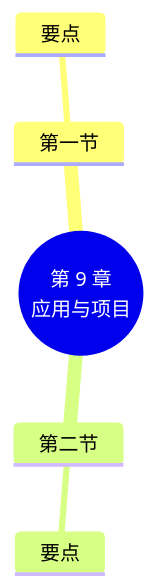
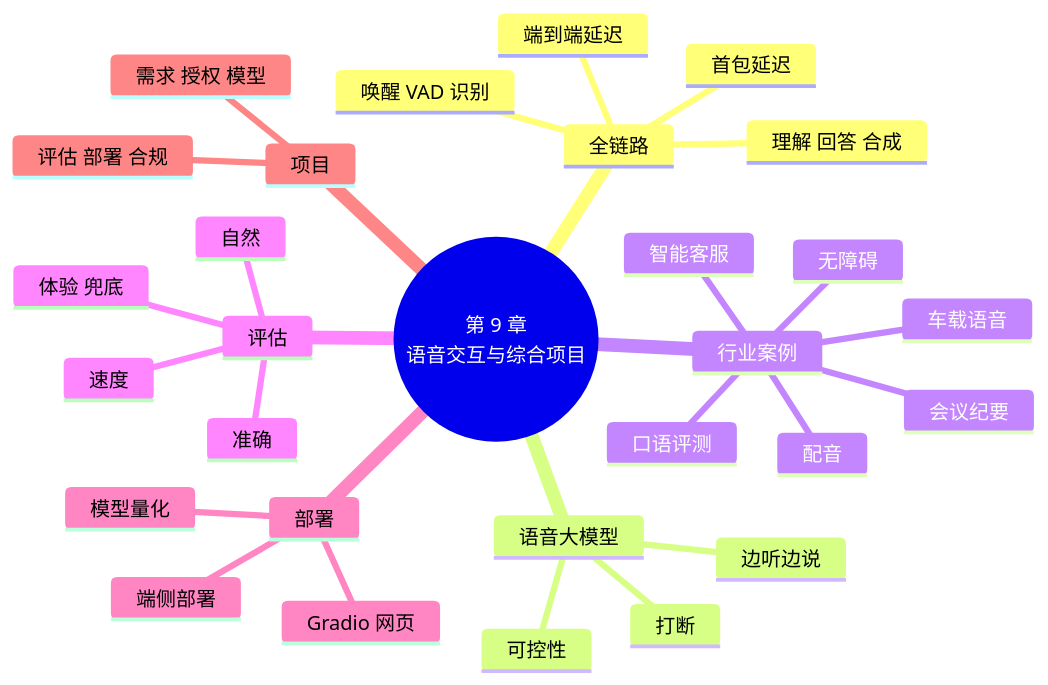
The third of 3 diagrams in docs/chapters/09-applications/index.md (MingziFu9/speech-textbook), drawn with Mermaid before and after one commit. The commit also changed other lines of this file and 24 other files, not shown here.

First line of the commit message:
第 9 章 语音交互应用与综合项目：全链路延迟、语音大模型、行业案例、评估、Gradio、量化与端侧、伦理与合规回顾；问答小助手、网页、延迟与量化（实测），大模型接口（待实测），综合项目；延迟拆解动画；7 个术语、20 题

````diff
--- a/docs/chapters/09-applications/index.md
+++ b/docs/chapters/09-applications/index.md
@@ -227,8 +741,32 @@
 ```mermaid
 mindmap
-  root((第 9 章<br/>应用与项目))
-    第一节
-      要点
-    第二节
-      要点
+  root((第 9 章<br/>语音交互与综合项目))
+    全链路
+      唤醒 VAD 识别
+      理解 回答 合成
+      端到端延迟
+      首包延迟
+    语音大模型
+      边听边说
+      打断
+      可控性
+    行业案例
+      智能客服
+      车载语音
+      会议纪要
+      口语评测
+      无障碍
+      配音
+    评估
+      准确
+      速度
+      自然
+      体验 兜底
+    部署
+      Gradio 网页
+      模型量化
+      端侧部署
+    项目
+      需求 授权 模型
+      评估 部署 合规
 ```
````
